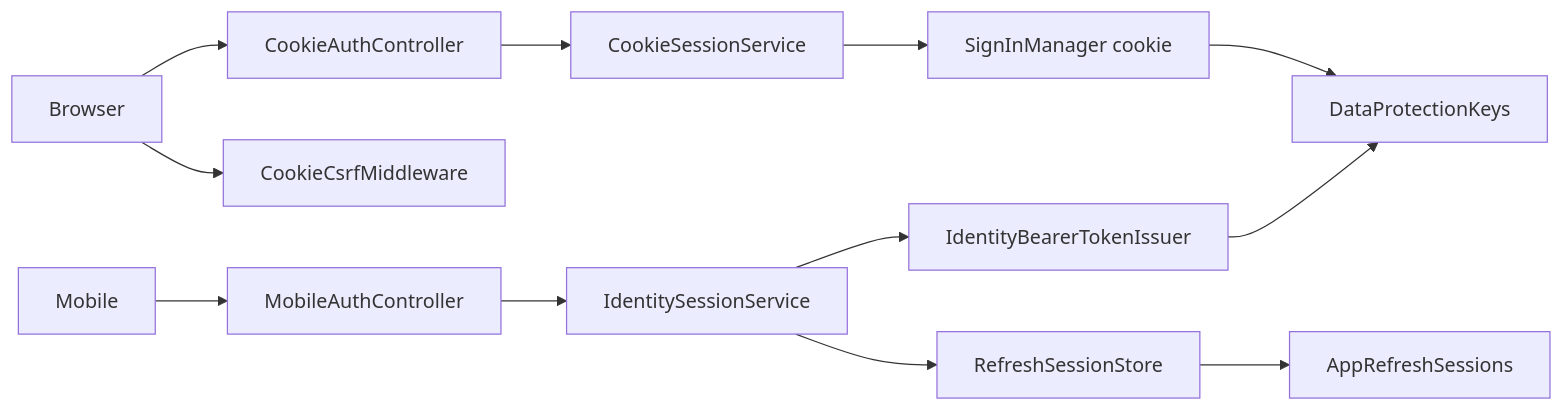
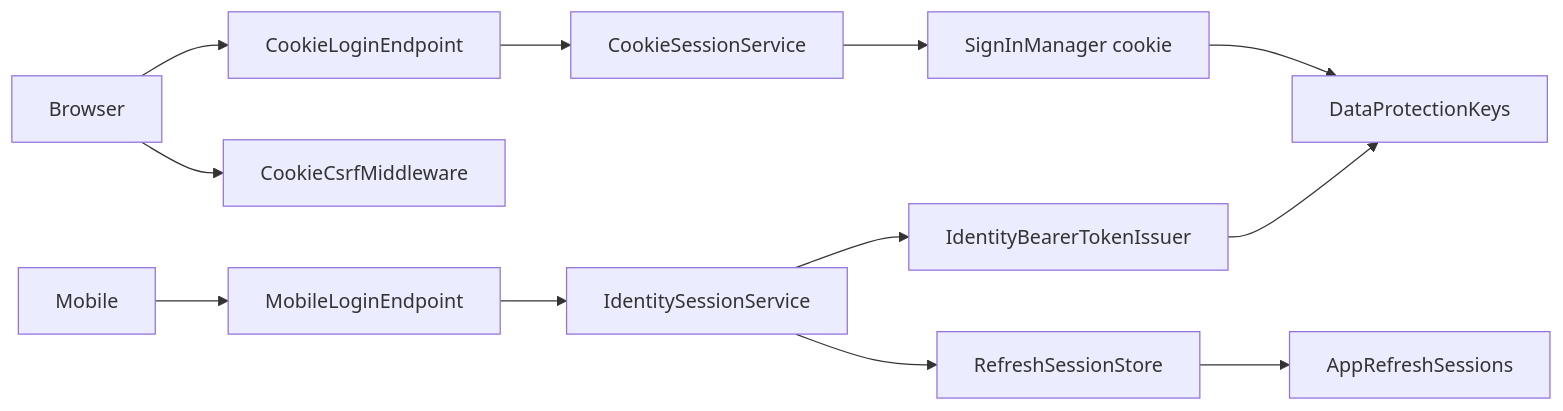
Before and after one commit to Weretik/KedrStore: the diagram in docs/sdd/features/identity/session.md, drawn with Mermaid. The commit also changed other lines of this file and 84 other files, not shown here.

````diff
--- a/docs/sdd/features/identity/session.md
+++ b/docs/sdd/features/identity/session.md
@@ -39,12 +40,12 @@
 ```mermaid
 flowchart LR
-    B["Browser"] --> CA["CookieAuthController"]
-    M["Mobile"] --> MA["MobileAuthController"]
+    B["Browser"] --> CA["CookieLoginEndpoint"]
+    M["Mobile"] --> MA["MobileLoginEndpoint"]
     B --> CSRF["CookieCsrfMiddleware"]
     CA --> CS["CookieSessionService"] --> SIM["SignInManager cookie"]
     MA --> IS["IdentitySessionService"]
     IS --> TI["IdentityBearerTokenIssuer"]
     IS --> RS["RefreshSessionStore"] --> T["AppRefreshSessions"]
     SIM --> DP["DataProtectionKeys"]
     TI --> DP
 ```
````
